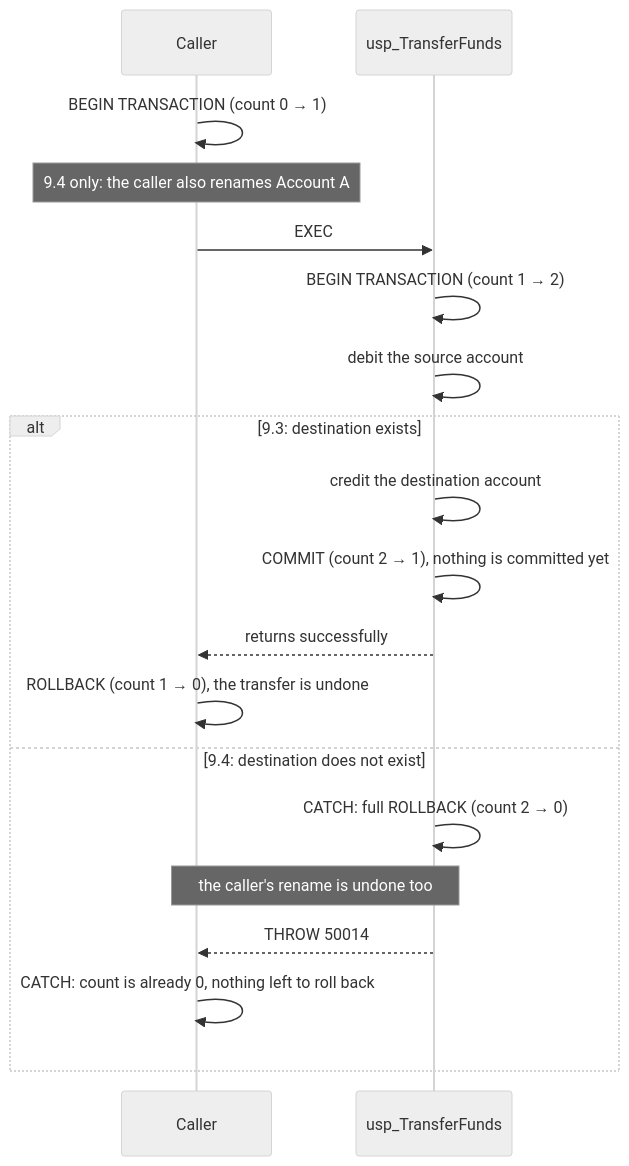
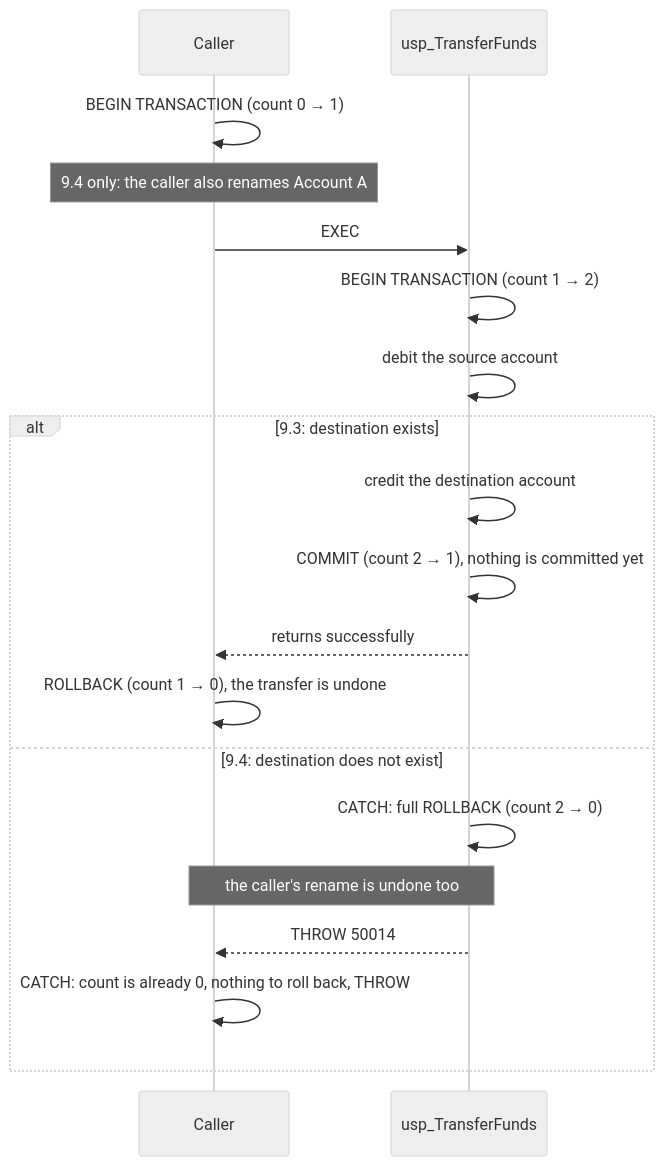
One commit to tjovic/database-design-labs-public changed the fifth of 9 diagrams in labs/lab09-transactions.md. Above: the diagram before and after it, drawn with Mermaid (neutral theme). The commit also changed other lines of this file and 1 other file, not shown here.

````diff
--- a/labs/lab09-transactions.md
+++ b/labs/lab09-transactions.md
@@ -1382,21 +1458,21 @@
 ```mermaid
 sequenceDiagram
     participant C as Caller
     participant P as usp_TransferFunds
     C->>C: BEGIN TRANSACTION (count 0 → 1)
     Note over C: 9.4 only: the caller also renames Account A
     C->>P: EXEC
     P->>P: BEGIN TRANSACTION (count 1 → 2)
     P->>P: debit the source account
     alt 9.3: destination exists
         P->>P: credit the destination account
         P->>P: COMMIT (count 2 → 1), nothing is committed yet
         P-->>C: returns successfully
         C->>C: ROLLBACK (count 1 → 0), the transfer is undone
     else 9.4: destination does not exist
         P->>P: CATCH: full ROLLBACK (count 2 → 0)
         Note over C,P: the caller's rename is undone too
         P-->>C: THROW 50014
-        C->>C: CATCH: count is already 0, nothing left to roll back
+        C->>C: CATCH: count is already 0, nothing to roll back, THROW
     end
 ```
````
